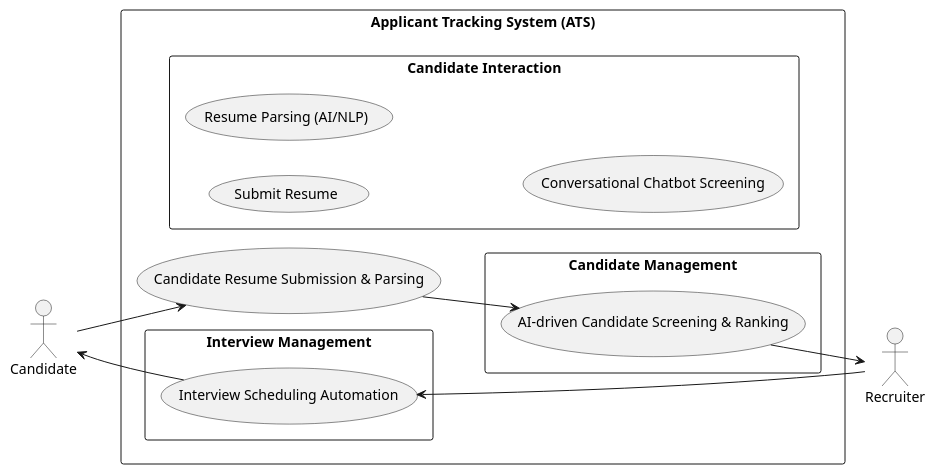
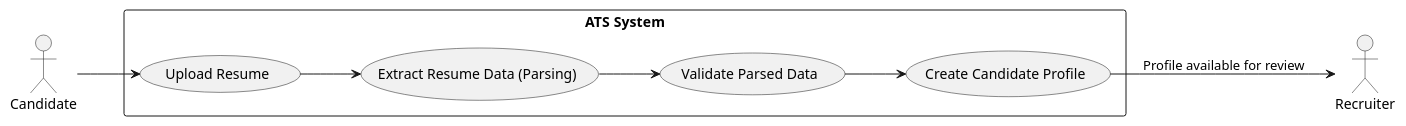
The first of 3 diagrams in LTI-davr/diagrams.puml (felipemarin/ai4devs-design-1), drawn with PlantUML before and after one commit. The commit also changed other lines of this file and 6 other files, not shown here.

```diff
--- a/LTI-davr/diagrams.puml
+++ b/LTI-davr/diagrams.puml
@@ -1,30 +1,20 @@
-@startuml ATS_UseCases
+@startuml Candidate_Resume_Submission
 
 left to right direction
-skinparam packageStyle rectangle
 actor Candidate
 actor Recruiter
 
-rectangle "Applicant Tracking System (ATS)" {
-
-  package "Candidate Interaction" {
-    usecase (Submit Resume) as UC1
-    usecase "Resume Parsing (AI/NLP)" as Parsing
-    usecase "Conversational Chatbot Screening" as Chatbot
-  }
-
-rectangle "Candidate Management" {
-  usecase "AI-driven Candidate Screening & Ranking" as Screening
+rectangle "ATS System" {
+    usecase "Upload Resume" as UploadResume
+    usecase "Extract Resume Data (Parsing)" as ParseResume
+    usecase "Validate Parsed Data" as ValidateData
+    usecase "Create Candidate Profile" as CreateProfile
 }
 
-rectangle "Interview Management" {
-  usecase "Interview Scheduling Automation" as Scheduling
-}
-
-Candidate --> (Candidate Resume Submission & Parsing)
-(Candidate Resume Submission & Parsing) --> Screening
-Screening --> Recruiter
-Recruiter --> Scheduling
-Scheduling --> Candidate
+Candidate --> UploadResume
+UploadResume --> ParseResume
+ParseResume --> ValidateData
+ValidateData --> CreateProfile
+CreateProfile --> Recruiter : Profile available for review
 
 @enduml
```
